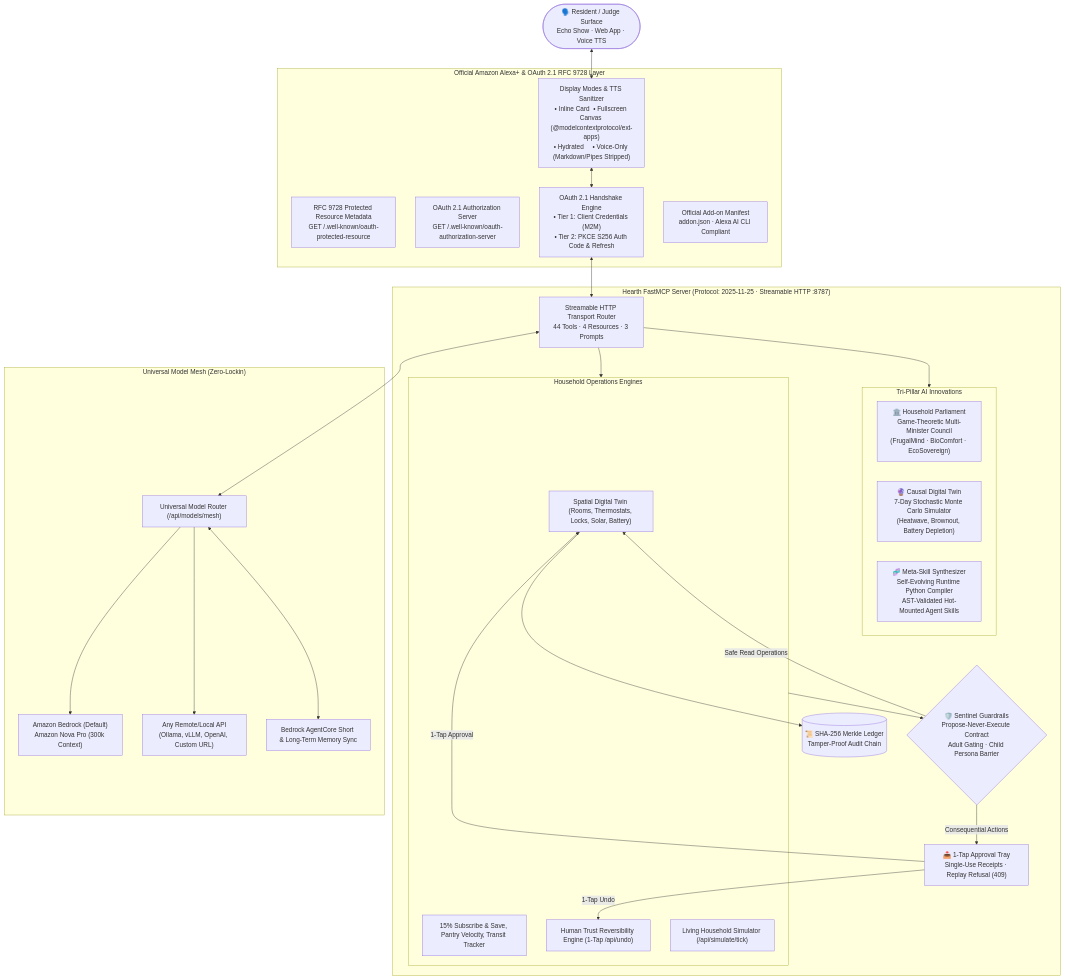
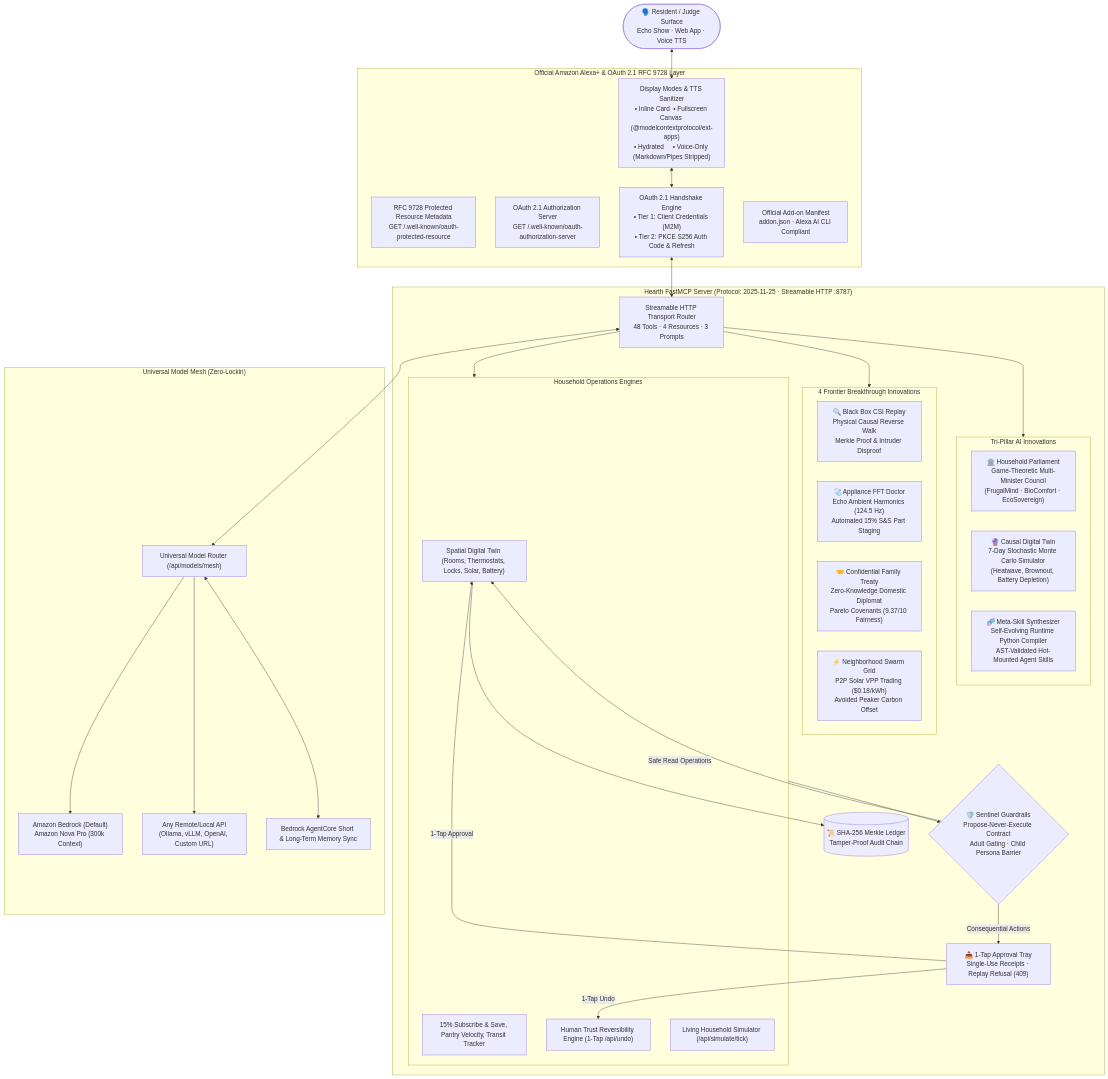
Before and after one commit to krishivjoshi219-collab/Hearth-Universal: the diagram in README.md, drawn with Mermaid. The commit also changed other lines of this file and 12 other files, not shown here.

Commit message:
feat(frontier): implement 4 breakthrough innovations for Alexa+ (Forensics, Acoustics, Treaty, Swarm VPP)

````diff
--- a/README.md
+++ b/README.md
@@ -62,56 +67,64 @@
 ```mermaid
 flowchart TD
     User(["🗣️ Resident / Judge Surface\nEcho Show · Web App · Voice TTS"])
 
     subgraph AlexaPlus_Layer ["Official Amazon Alexa+ & OAuth 2.1 RFC 9728 Layer"]
         PRM["RFC 9728 Protected Resource Metadata\nGET /.well-known/oauth-protected-resource"]
         OAuthAS["OAuth 2.1 Authorization Server\nGET /.well-known/oauth-authorization-server"]
         AuthHandler["OAuth 2.1 Handshake Engine\n• Tier 1: Client Credentials (M2M)\n• Tier 2: PKCE S256 Auth Code & Refresh"]
         Manifest["Official Add-on Manifest\naddon.json · Alexa AI CLI Compliant"]
         DisplayEng["Display Modes & TTS Sanitizer\n• Inline Card  • Fullscreen Canvas (@modelcontextprotocol/ext-apps)\n• Hydrated     • Voice-Only (Markdown/Pipes Stripped)"]
     end
 
     subgraph FastMCP_Core ["Hearth FastMCP Server (Protocol: 2025-11-25 · Streamable HTTP :8787)"]
-        StreamRouter["Streamable HTTP Transport Router\n44 Tools · 4 Resources · 3 Prompts"]
+        StreamRouter["Streamable HTTP Transport Router\n48 Tools · 4 Resources · 3 Prompts"]
         
         subgraph Tri_Pillar ["Tri-Pillar AI Innovations"]
             Parliament["🏛️ Household Parliament\nGame-Theoretic Multi-Minister Council\n(FrugalMind · BioComfort · EcoSovereign)"]
             CausalTwin["🔮 Causal Digital Twin\n7-Day Stochastic Monte Carlo Simulator\n(Heatwave, Brownout, Battery Depletion)"]
             MetaSkill["🧬 Meta-Skill Synthesizer\nSelf-Evolving Runtime Python Compiler\nAST-Validated Hot-Mounted Agent Skills"]
+        end
+
+        subgraph Frontier_Breakthroughs ["4 Frontier Breakthrough Innovations"]
+            Forensics["🔍 Black Box CSI Replay\nPhysical Causal Reverse Walk\nMerkle Proof & Intruder Disproof"]
+            Acoustic["🩺 Appliance FFT Doctor\nEcho Ambient Harmonics (124.5 Hz)\nAutomated 15% S&S Part Staging"]
+            Mediation["🤝 Confidential Family Treaty\nZero-Knowledge Domestic Diplomat\nPareto Covenants (9.37/10 Fairness)"]
+            Swarm["⚡ Neighborhood Swarm Grid\nP2P Solar VPP Trading ($0.18/kWh)\nAvoided Peaker Carbon Offset"]
         end
 
         subgraph Core_Subsystems ["Household Operations Engines"]
             DigitalTwin["Spatial Digital Twin (Rooms, Thermostats, Locks, Solar, Battery)"]
             CommerceEngine["15% Subscribe & Save, Pantry Velocity, Transit Tracker"]
             UndoEngine["Human Trust Reversibility Engine (1-Tap /api/undo)"]
             LivingSim["Living Household Simulator (/api/simulate/tick)"]
         end
 
         Sentinel{"🛡️ Sentinel Guardrails\nPropose-Never-Execute Contract\nAdult Gating · Child Persona Barrier"}
         ApprovalTray["📥 1-Tap Approval Tray\nSingle-Use Receipts · Replay Refusal (409)"]
         MerkleLedger[("📜 SHA-256 Merkle Ledger\nTamper-Proof Audit Chain")]
     end
 
     subgraph Model_Mesh ["Universal Model Mesh (Zero-Lockin)"]
         MeshRouter["Universal Model Router (/api/models/mesh)"]
         Bedrock["Amazon Bedrock (Default)\nAmazon Nova Pro (300k Context)"]
         CustomAPIs["Any Remote/Local API\n(Ollama, vLLM, OpenAI, Custom URL)"]
         AgentCore["Bedrock AgentCore Short & Long-Term Memory Sync"]
     end
 
     User <--> DisplayEng
     DisplayEng <--> AuthHandler
     AuthHandler <--> StreamRouter
     StreamRouter --> Tri_Pillar
+    StreamRouter --> Frontier_Breakthroughs
     StreamRouter --> Core_Subsystems
     Core_Subsystems --> Sentinel
     Sentinel -->|Safe Read Operations| DigitalTwin
     Sentinel -->|Consequential Actions| ApprovalTray
     ApprovalTray -->|1-Tap Approval| DigitalTwin
     ApprovalTray -->|1-Tap Undo| UndoEngine
     DigitalTwin --> MerkleLedger
     StreamRouter <--> MeshRouter
     MeshRouter --> Bedrock
     MeshRouter --> CustomAPIs
     MeshRouter <--> AgentCore
 ```
````
